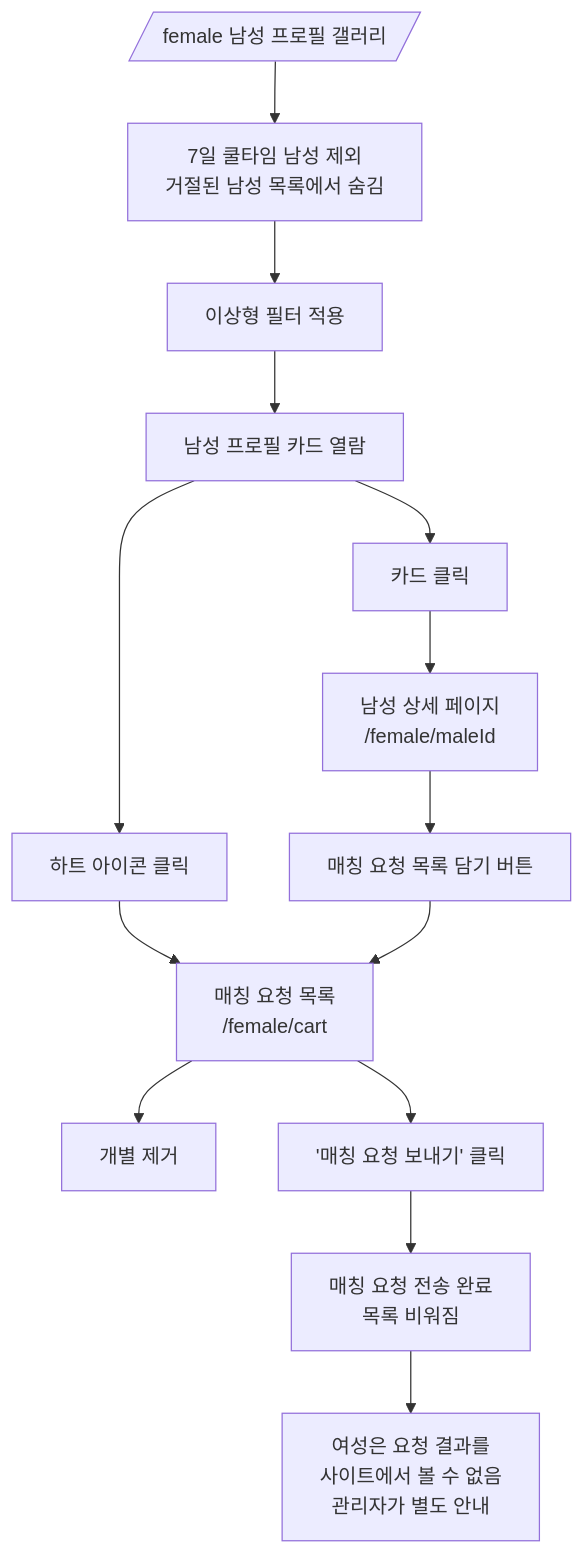
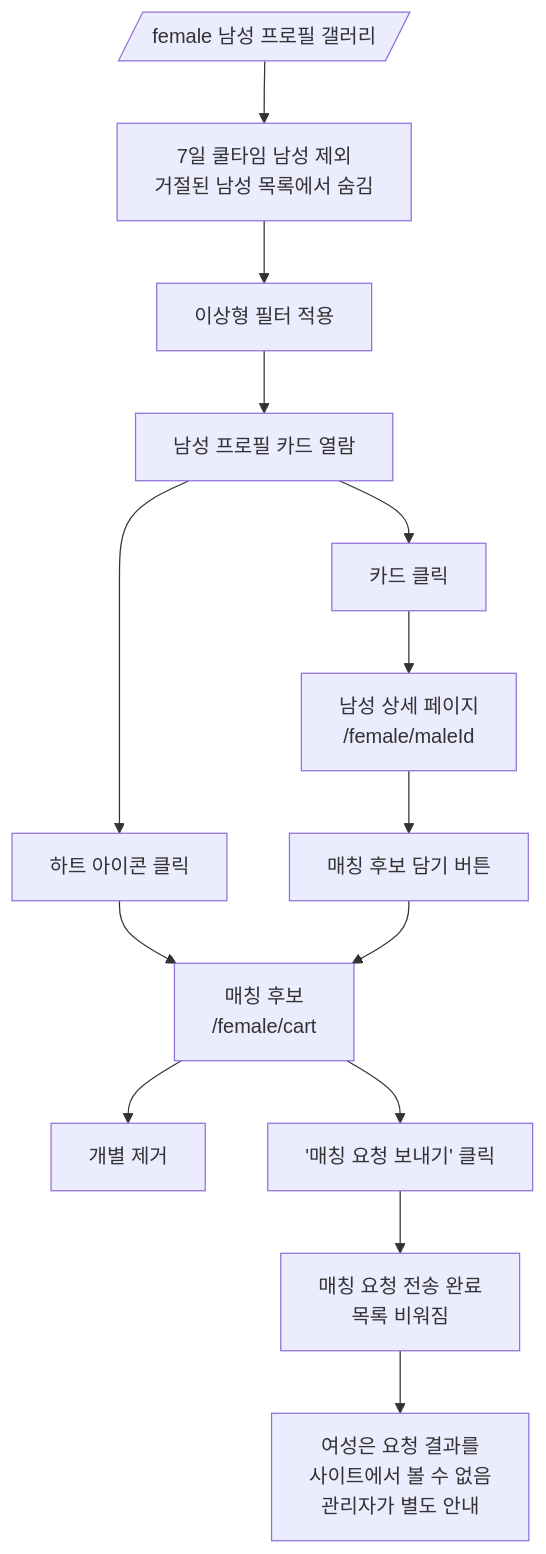
Before and after one commit to modudate/moso: the second of 7 diagrams in docs/SPEC.md, drawn with Mermaid. The commit also changed other lines of this file and 4 other files, not shown here.

````diff
--- a/docs/SPEC.md
+++ b/docs/SPEC.md
@@ -37,21 +37,21 @@
 ```mermaid
 flowchart TD
     FemaleHome[/female 남성 프로필 갤러리/] --> CooldownFilter[7일 쿨타임 남성 제외\n거절된 남성 목록에서 숨김]
     CooldownFilter --> Filter[이상형 필터 적용]
     Filter --> BrowseCards[남성 프로필 카드 열람]
 
     BrowseCards --> ClickCard[카드 클릭]
     ClickCard --> MaleDetail[남성 상세 페이지\n/female/maleId]
 
     BrowseCards --> HeartIcon[하트 아이콘 클릭]
-    MaleDetail --> HeartBtn[매칭 요청 목록 담기 버튼]
+    MaleDetail --> HeartBtn[매칭 후보 담기 버튼]
 
-    HeartIcon --> Cart[매칭 요청 목록\n/female/cart]
+    HeartIcon --> Cart[매칭 후보\n/female/cart]
     HeartBtn --> Cart
 
     Cart --> RemoveItem[개별 제거]
     Cart --> SendRequest["'매칭 요청 보내기' 클릭"]
     SendRequest --> RequestSent[매칭 요청 전송 완료\n목록 비워짐]
 
     RequestSent --> Note["여성은 요청 결과를\n사이트에서 볼 수 없음\n관리자가 별도 안내"]
 ```
````
